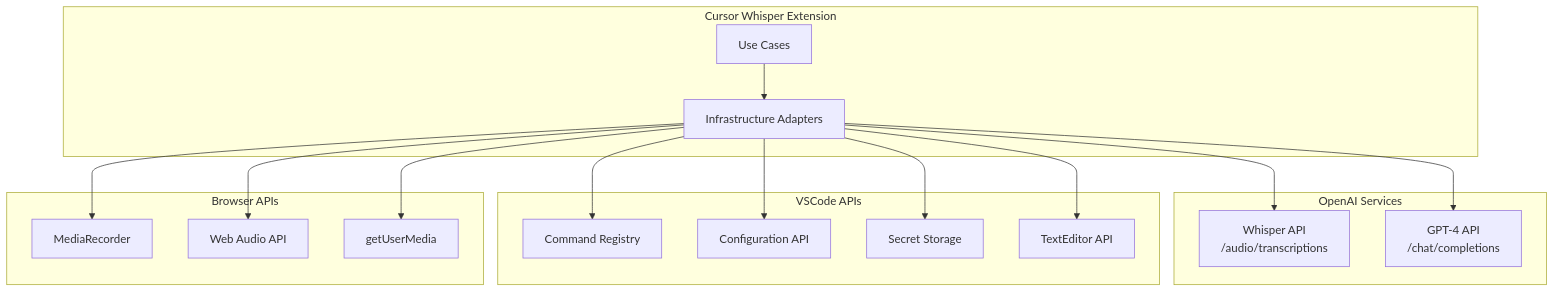
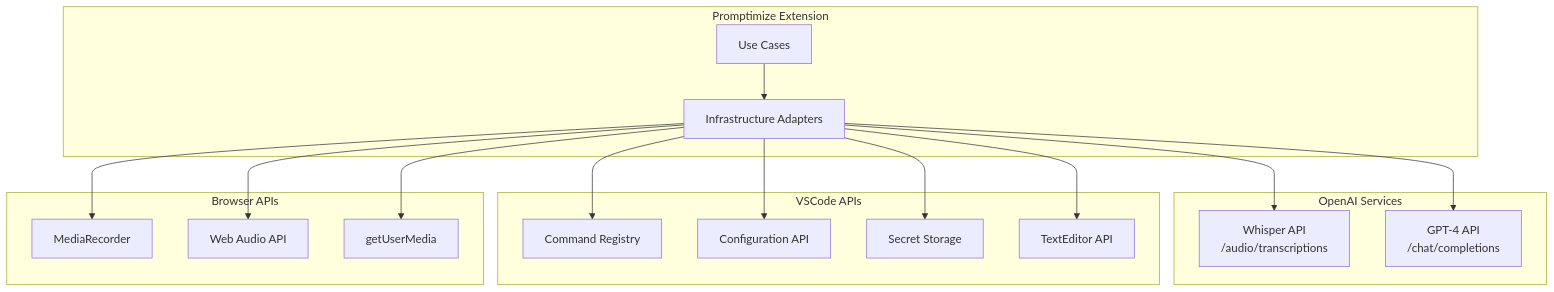
Before and after one commit to vypdev/cursor-whisper: the ninth of 9 diagrams in docs/flows/complete-flow.md, drawn with Mermaid. The commit also changed other lines of this file and 61 other files, not shown here.

First line of the commit message:
Rename Cursor Whisper to Promptimize and update related configurations and documentation

````diff
--- a/docs/flows/complete-flow.md
+++ b/docs/flows/complete-flow.md
@@ -355,36 +355,36 @@
 ```mermaid
 flowchart TB
-    subgraph Extension["Cursor Whisper Extension"]
+    subgraph Extension["Promptimize Extension"]
         UC[Use Cases]
         Adapters[Infrastructure Adapters]
     end
     
     subgraph OpenAI["OpenAI Services"]
         Whisper["Whisper API<br/>/audio/transcriptions"]
         GPT["GPT-4 API<br/>/chat/completions"]
     end
     
     subgraph VSCode["VSCode APIs"]
         Commands[Command Registry]
         Config[Configuration API]
         Secrets[Secret Storage]
         Editor[TextEditor API]
     end
     
     subgraph Browser["Browser APIs"]
         MediaRec[MediaRecorder]
         WebAudio[Web Audio API]
         UserMedia[getUserMedia]
     end
     
     UC --> Adapters
     Adapters --> Whisper
     Adapters --> GPT
     Adapters --> Commands
     Adapters --> Config
     Adapters --> Secrets
     Adapters --> Editor
     Adapters --> MediaRec
     Adapters --> WebAudio
     Adapters --> UserMedia
 ```
````
